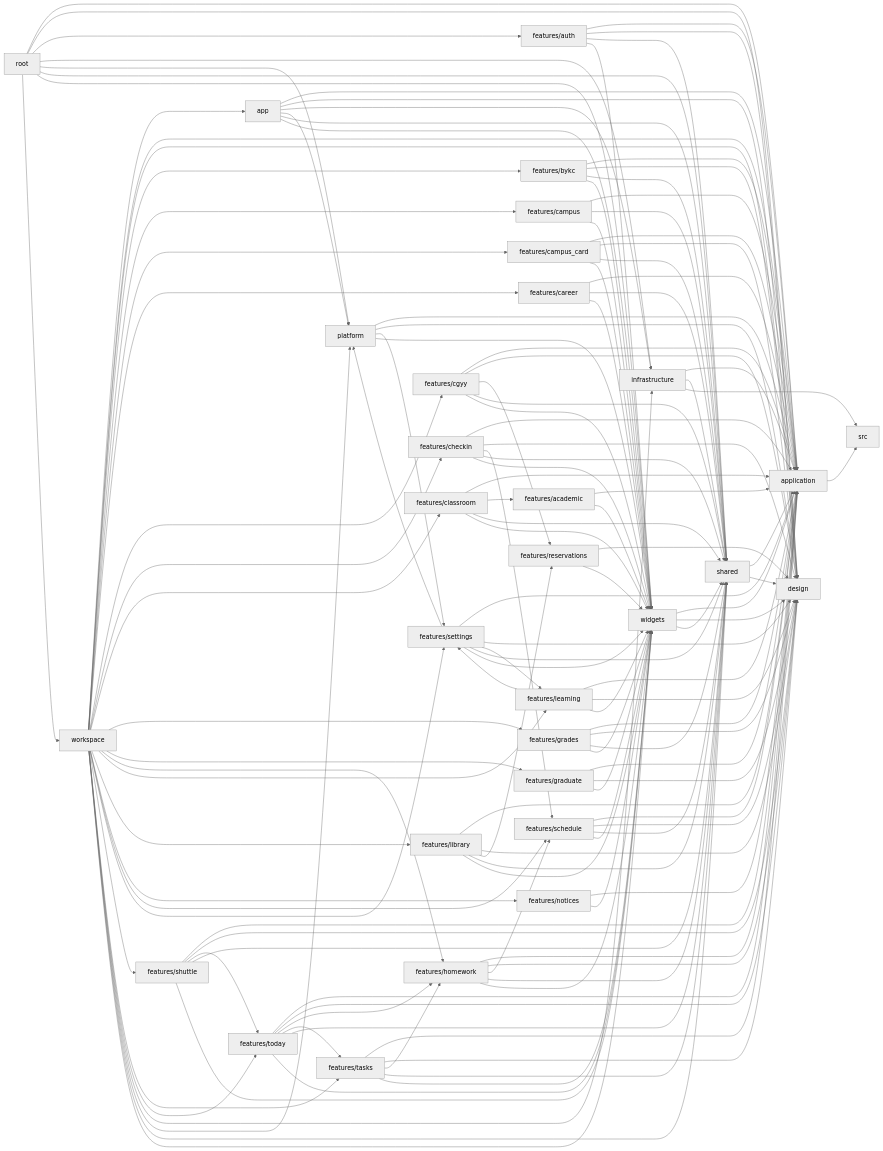
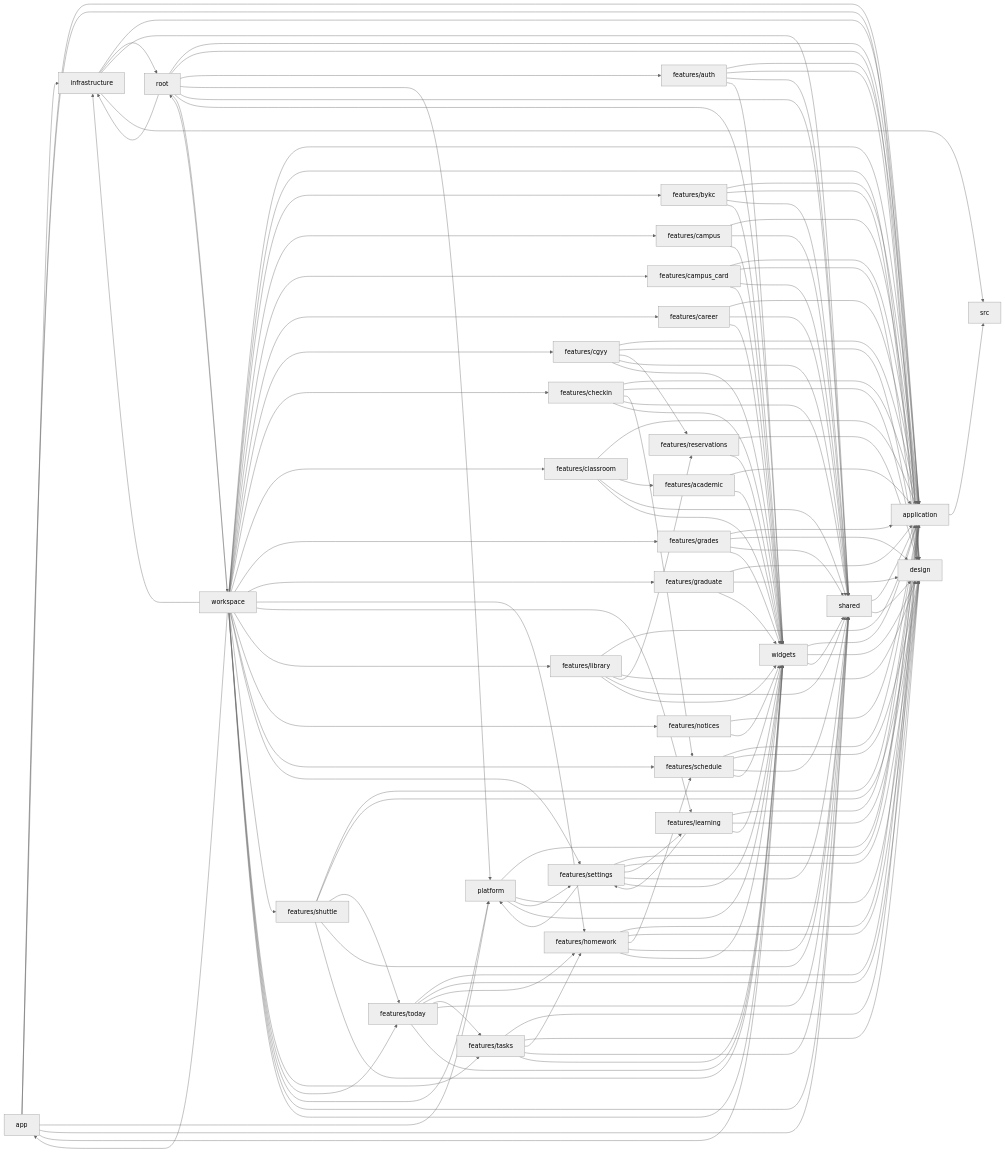
The first of 3 diagrams in docs/interfaces/DEPENDENCY-GRAPH.md (JUANWANG-BUAA/ginkgo), drawn with Mermaid (neutral theme) before and after one commit. The commit also changed other lines of this file and 6 other files, not shown here.

````diff
--- a/docs/interfaces/DEPENDENCY-GRAPH.md
+++ b/docs/interfaces/DEPENDENCY-GRAPH.md
@@ -134,6 +134,7 @@
   n_features_today --> n_shared
   n_features_today --> n_widgets
   n_infrastructure --> n_application
+  n_infrastructure --> n_root
   n_infrastructure --> n_shared
   n_infrastructure --> n_src
   n_platform --> n_application
@@ -176,6 +177,7 @@
   n_workspace --> n_features_today
   n_workspace --> n_infrastructure
   n_workspace --> n_platform
+  n_workspace --> n_root
   n_workspace --> n_shared
   n_workspace --> n_widgets
 ```
````
